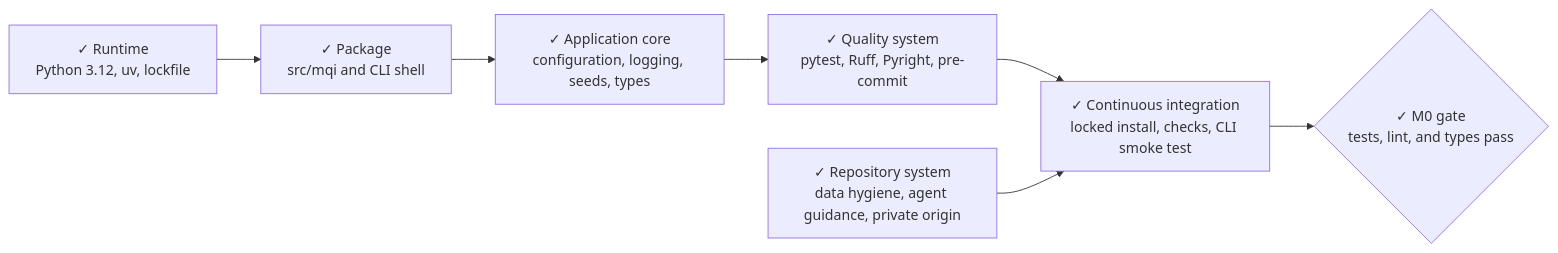
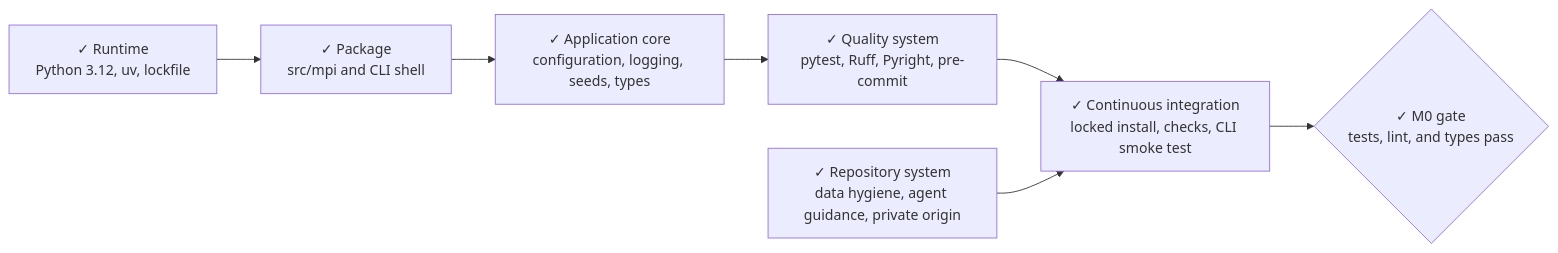
Before and after one commit to stevennitesh/manufacturing-process-intelligence: the diagram in docs/milestones/m00-foundation.md, drawn with Mermaid. The commit also changed 39 other files, not shown here.

````diff
--- a/docs/milestones/m00-foundation.md
+++ b/docs/milestones/m00-foundation.md
@@ -8,13 +8,13 @@
 ```mermaid
 flowchart LR
     R["✓ Runtime<br/>Python 3.12, uv, lockfile"]
-    P["✓ Package<br/>src/mqi and CLI shell"]
+    P["✓ Package<br/>src/mpi and CLI shell"]
     C["✓ Application core<br/>configuration, logging, seeds, types"]
     Q["✓ Quality system<br/>pytest, Ruff, Pyright, pre-commit"]
     D["✓ Repository system<br/>data hygiene, agent guidance, private origin"]
     I["✓ Continuous integration<br/>locked install, checks, CLI smoke test"]
     G{"✓ M0 gate<br/>tests, lint, and types pass"}
 
     R --> P --> C --> Q --> I --> G
     D --> I
 ```
````
